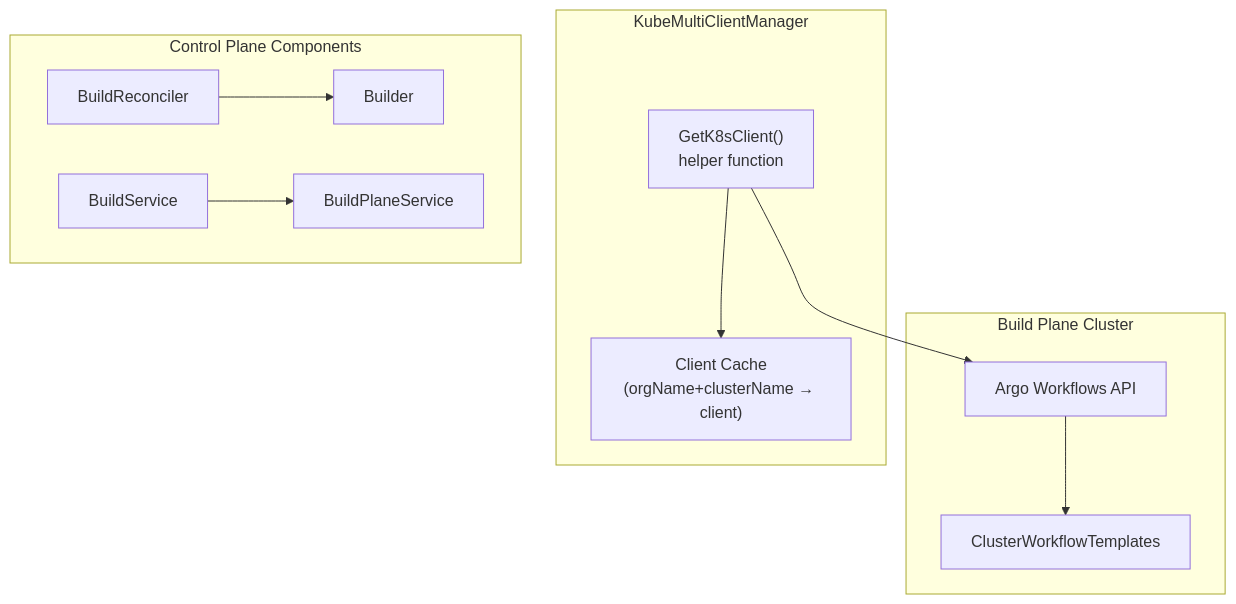
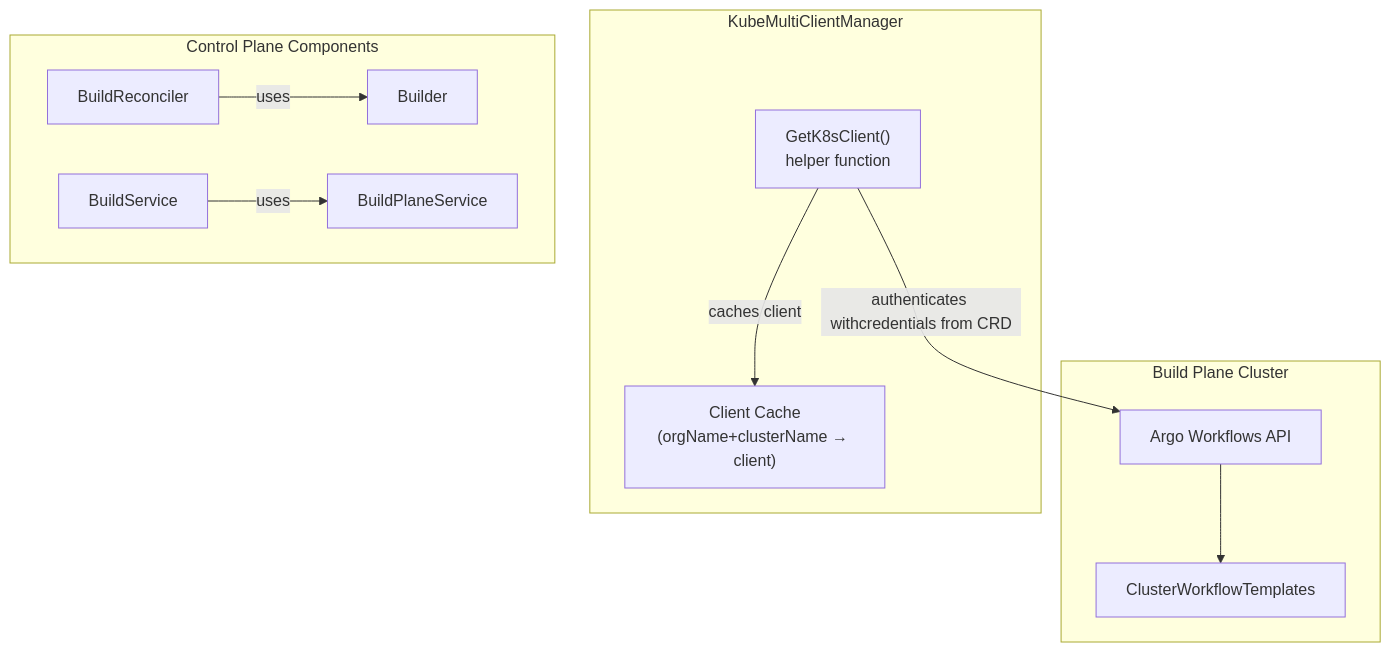
The third of 6 diagrams in docs/deepwiki/Multi-Cluster-Architecture.md (openchoreo/openchoreo), drawn with Mermaid before and after one commit. The commit also changed other lines of this file and 85 other files, not shown here.

Commit message:
feat: Add new workflow and specification templates, update Helm chart dependencies, and clarify documentation diagrams.

````diff
--- a/docs/deepwiki/Multi-Cluster-Architecture.md
+++ b/docs/deepwiki/Multi-Cluster-Architecture.md
@@ -213,35 +213,35 @@
 ```mermaid
 flowchart TD
 
 BuildRecon["BuildReconciler"]
 BuildSvc["BuildService"]
 BPSvc["BuildPlaneService"]
 Builder["Builder"]
 ClientCache["Client Cache<br>(orgName+clusterName → client)"]
 GetClient["GetK8sClient()<br>helper function"]
 ArgoAPI["Argo Workflows API"]
 Templates["ClusterWorkflowTemplates"]
 
-GetClient --> ArgoAPI
+GetClient -->|"authenticates withcredentials from CRD"| ArgoAPI
 
 subgraph BuildPlaneCluster ["Build Plane Cluster"]
     ArgoAPI
     Templates
     ArgoAPI --> Templates
 end
 
 subgraph ClientMgr ["KubeMultiClientManager"]
     ClientCache
     GetClient
-    GetClient --> ClientCache
+    GetClient -->|"caches client"| ClientCache
 end
 
 subgraph ControlPlane ["Control Plane Components"]
     BuildRecon
     BuildSvc
     BPSvc
     Builder
-    BuildRecon --> Builder
-    BuildSvc --> BPSvc
+    BuildRecon -->|"uses"| Builder
+    BuildSvc -->|"uses"| BPSvc
 end
 ```
````
